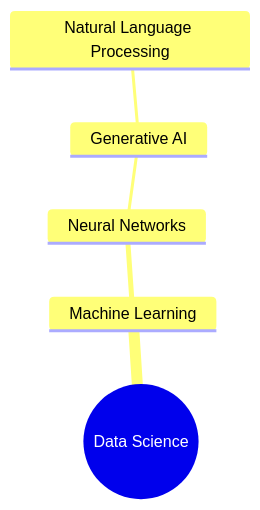
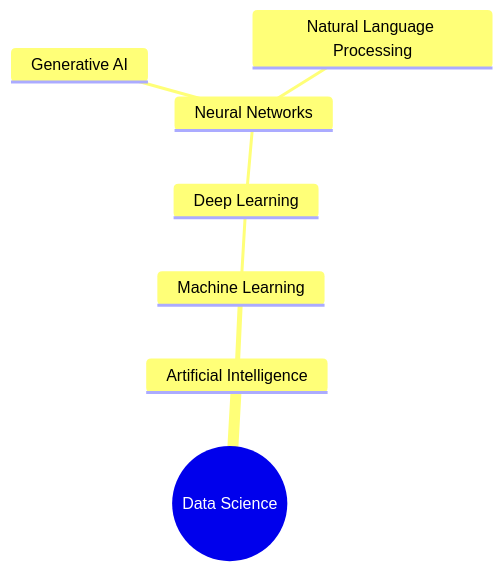
Before and after one commit to rebeccapeltz/using-ai: the diagram in introduction/what-is-ai.md, drawn with Mermaid. The commit also changed other lines of this file, not shown here.

````diff
--- a/introduction/what-is-ai.md
+++ b/introduction/what-is-ai.md
@@ -75,8 +67,10 @@
 ```mermaid
 mindmap
   root((Data Science))
-    Machine Learning
-      Neural Networks
-        Generative AI
-          Natural Language Processing
+    Artificial Intelligence
+      Machine Learning
+        Deep Learning
+          Neural Networks
+            Generative AI
+            Natural Language Processing
 ```
````
